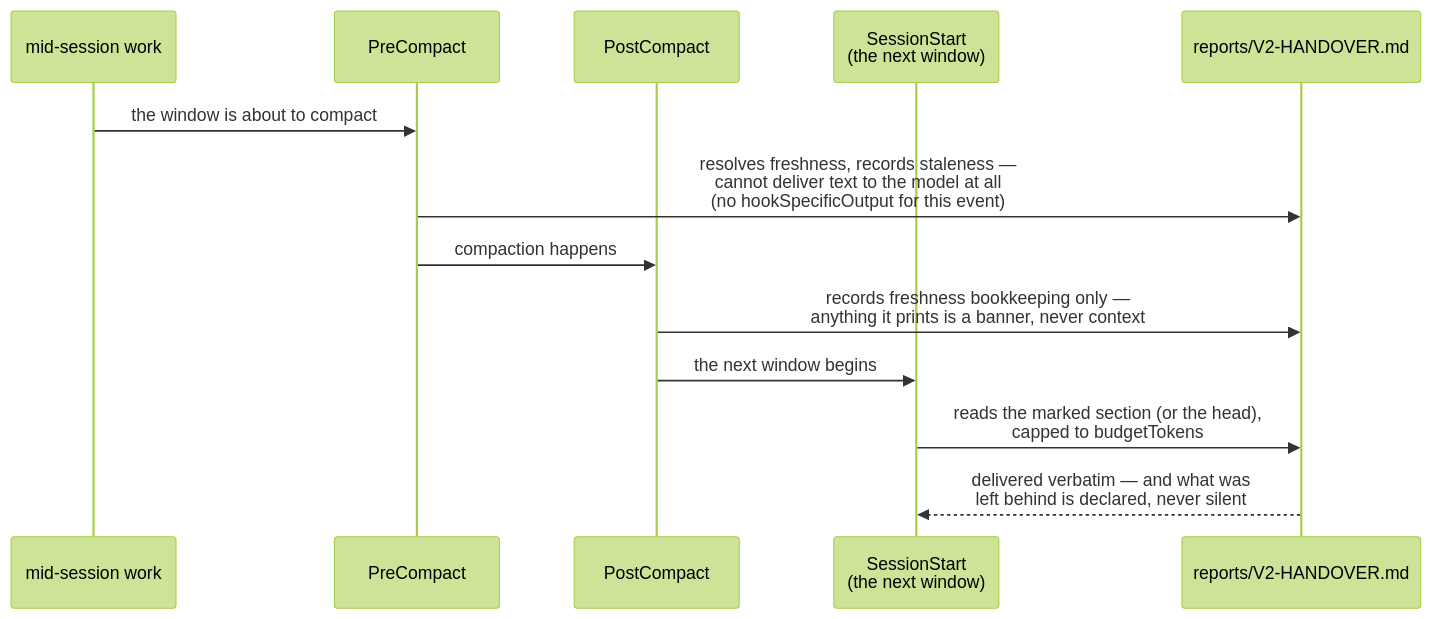
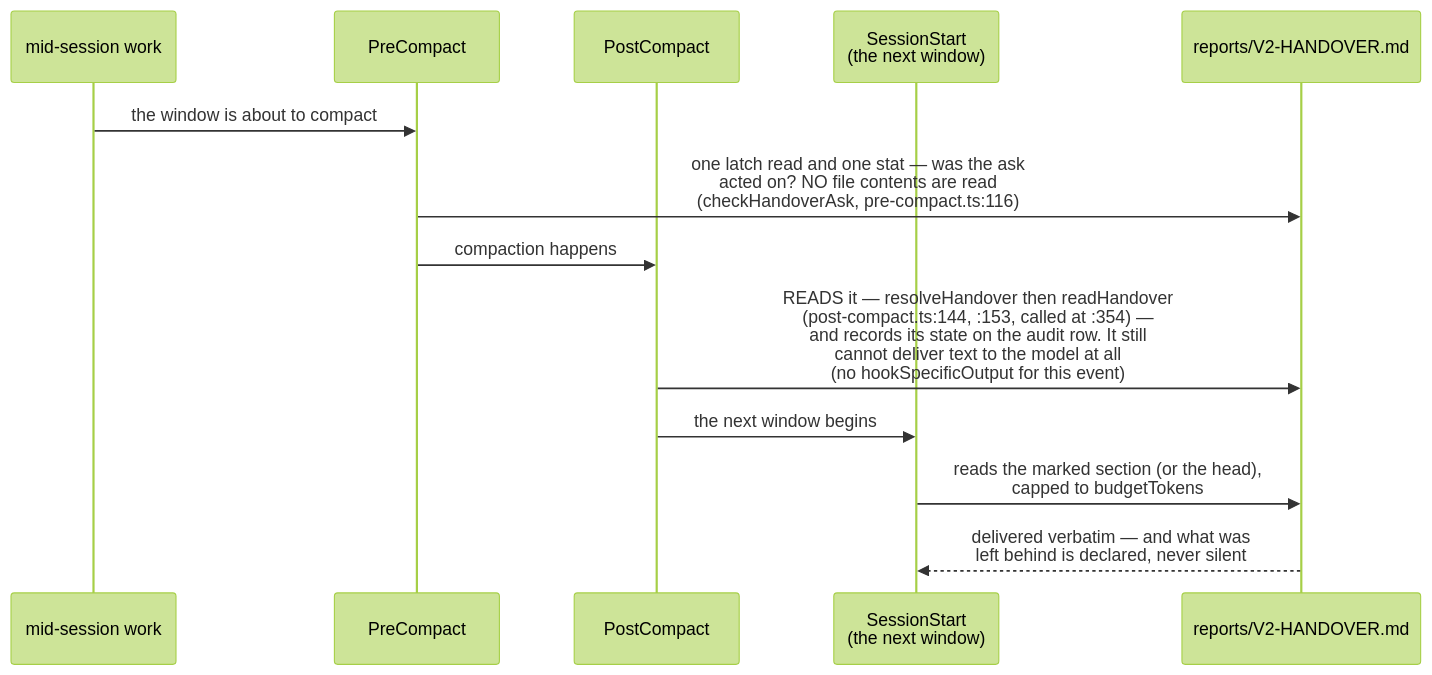
The second of 2 diagrams in docs/capabilities/07-restore-and-handover.md (Dudi-Bar-On/my-context), drawn with Mermaid (forest theme) before and after one commit. The commit also changed other lines of this file and 35 other files, not shown here.

````diff
--- a/docs/capabilities/07-restore-and-handover.md
+++ b/docs/capabilities/07-restore-and-handover.md
@@ -289,15 +289,15 @@
 ```mermaid
 sequenceDiagram
   participant Work as mid-session work
   participant PC as PreCompact
   participant PoC as PostCompact
   participant SS as SessionStart<br/>(the next window)
   participant Doc as reports/V2-HANDOVER.md
   Work->>PC: the window is about to compact
-  PC->>Doc: resolves freshness, records staleness —<br/>cannot deliver text to the model at all<br/>(no hookSpecificOutput for this event)
+  PC->>Doc: one latch read and one stat — was the ask<br/>acted on? NO file contents are read<br/>(checkHandoverAsk, pre-compact.ts:116)
   PC->>PoC: compaction happens
-  PoC->>Doc: records freshness bookkeeping only —<br/>anything it prints is a banner, never context
+  PoC->>Doc: READS it — resolveHandover then readHandover<br/>(post-compact.ts:144, :153, called at :354) —<br/>and records its state on the audit row. It still<br/>cannot deliver text to the model at all<br/>(no hookSpecificOutput for this event)
   PoC->>SS: the next window begins
   SS->>Doc: reads the marked section (or the head),<br/>capped to budgetTokens
   Doc-->>SS: delivered verbatim — and what was<br/>left behind is declared, never silent
 ```
````
